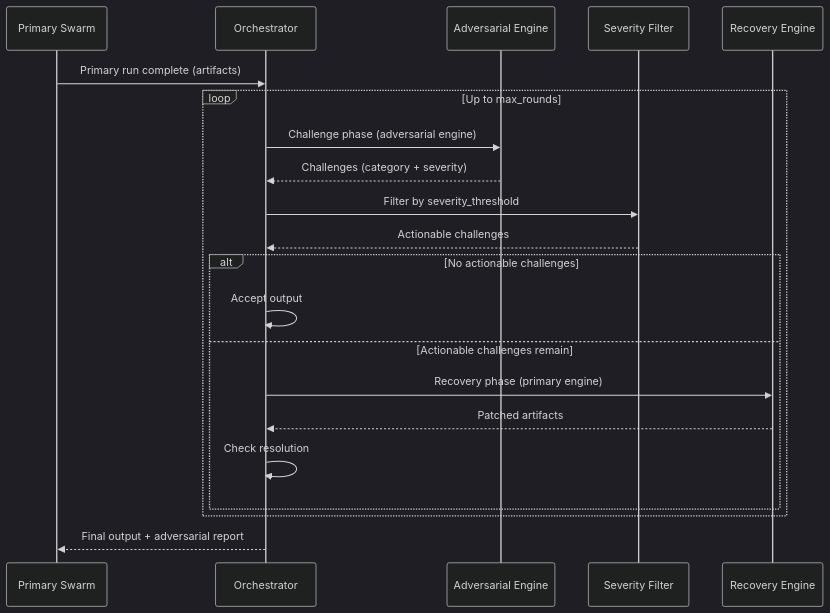
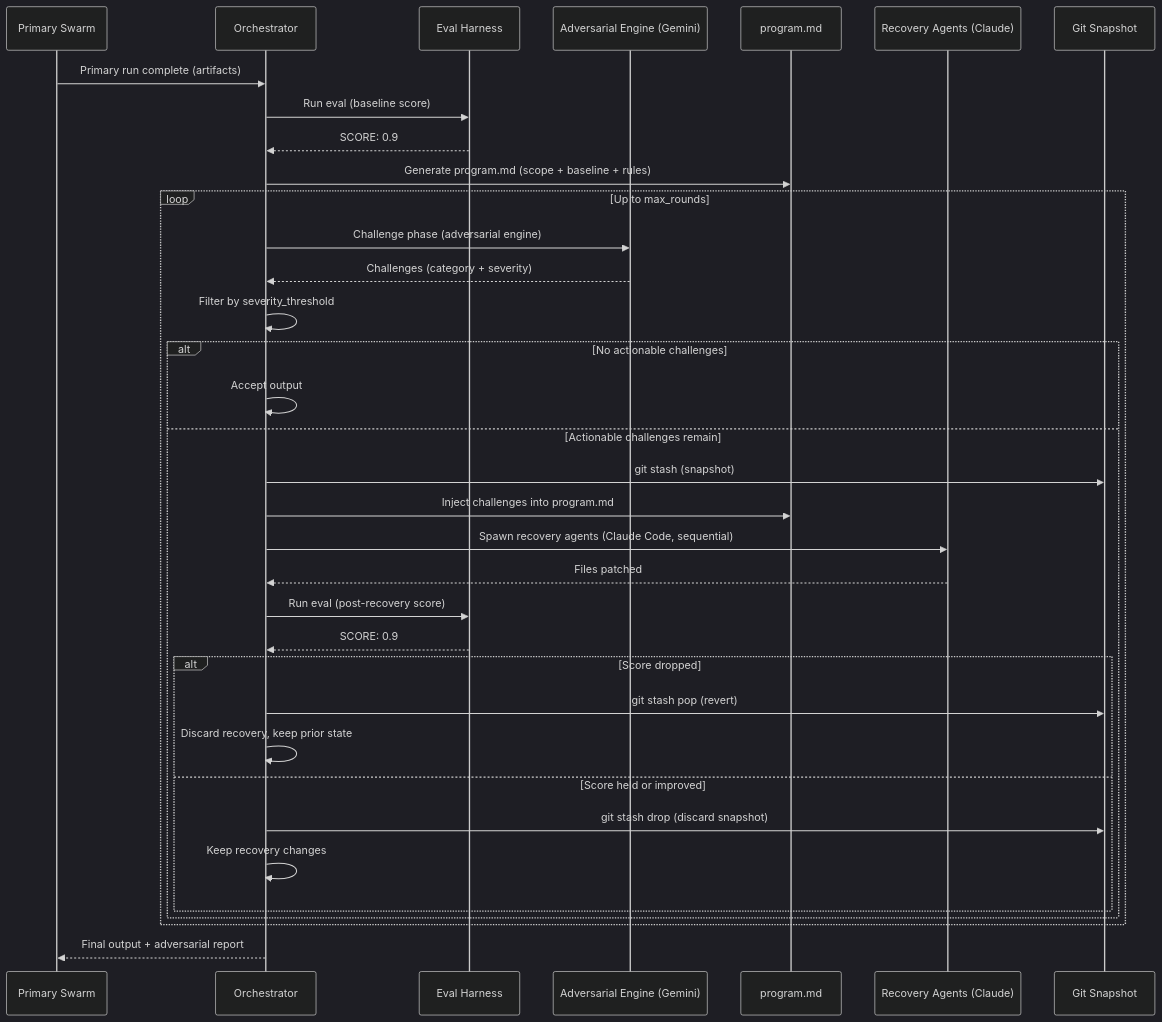
One commit to penserai/acteon changed the fourth of 4 diagrams in docs/book/features/agent-swarm.md. Above: the diagram before and after it, drawn with Mermaid (dark theme). The commit also changed other lines of this file and 14 other files, not shown here.

First line of the commit message:
feat: Karpathy-style eval harness for fitness-driven swarm gating (#74)

````diff
--- a/docs/book/features/agent-swarm.md
+++ b/docs/book/features/agent-swarm.md
@@ -790,24 +790,38 @@
 ```mermaid
 sequenceDiagram
     participant PS as Primary Swarm
     participant OR as Orchestrator
-    participant AS as Adversarial Engine
-    participant FI as Severity Filter
-    participant RE as Recovery Engine
+    participant EV as Eval Harness
+    participant AS as Adversarial Engine (Gemini)
+    participant PM as program.md
+    participant RE as Recovery Agents (Claude)
+    participant GIT as Git Snapshot
 
     PS->>OR: Primary run complete (artifacts)
+    OR->>EV: Run eval (baseline score)
+    EV-->>OR: SCORE: 0.9
+    OR->>PM: Generate program.md (scope + baseline + rules)
     loop Up to max_rounds
         OR->>AS: Challenge phase (adversarial engine)
         AS-->>OR: Challenges (category + severity)
-        OR->>FI: Filter by severity_threshold
-        FI-->>OR: Actionable challenges
+        OR->>OR: Filter by severity_threshold
         alt No actionable challenges
             OR->>OR: Accept output
         else Actionable challenges remain
-            OR->>RE: Recovery phase (primary engine)
-            RE-->>OR: Patched artifacts
-            OR->>OR: Check resolution
+            OR->>GIT: git stash (snapshot)
+            OR->>PM: Inject challenges into program.md
+            OR->>RE: Spawn recovery agents (Claude Code, sequential)
+            RE-->>OR: Files patched
+            OR->>EV: Run eval (post-recovery score)
+            EV-->>OR: SCORE: 0.9
+            alt Score dropped
+                OR->>GIT: git stash pop (revert)
+                OR->>OR: Discard recovery, keep prior state
+            else Score held or improved
+                OR->>GIT: git stash drop (discard snapshot)
+                OR->>OR: Keep recovery changes
+            end
         end
     end
     OR-->>PS: Final output + adversarial report
 ```
````
